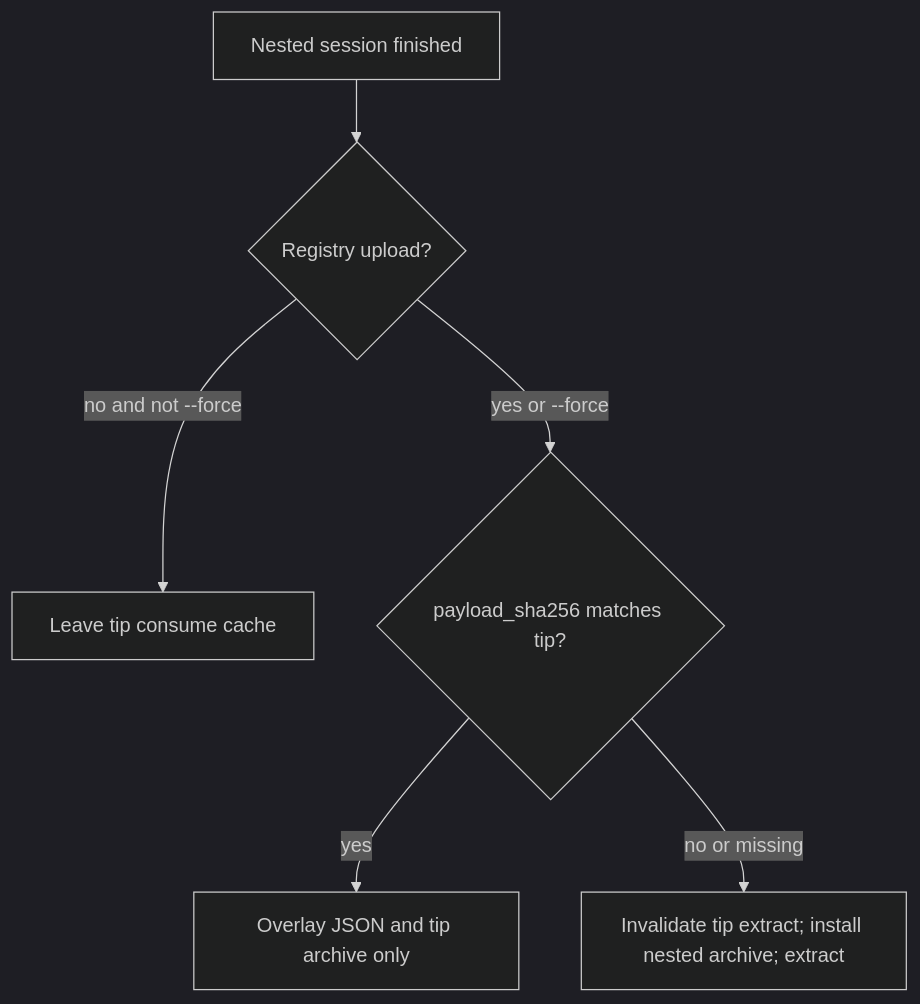
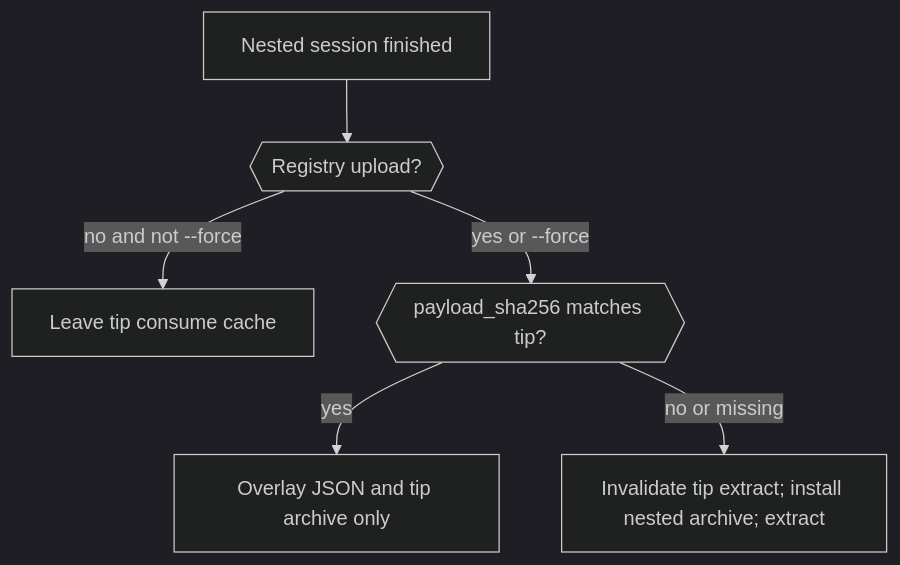
Before and after one commit to ja11sop/cuppa: the fourth of 4 diagrams in docs/modules/ROOT/pages/dependencies/publishing/cascade.adoc, drawn with Mermaid (dark theme). The commit also changed other lines of this file and 32 other files, not shown here.

```diff
--- a/docs/modules/ROOT/pages/dependencies/publishing/cascade.adoc
+++ b/docs/modules/ROOT/pages/dependencies/publishing/cascade.adoc
@@ -642,10 +642,10 @@
 [mermaid]
 ....
 flowchart TD
   nestDone[Nested session finished]
-  nestDone --> uploaded{Registry upload?}
+  nestDone --> uploaded{{Registry upload?}}
   uploaded -->|no and not --force| leave[Leave tip consume cache]
-  uploaded -->|yes or --force| hashCmp{payload_sha256 matches tip?}
+  uploaded -->|yes or --force| hashCmp{{payload_sha256 matches tip?}}
   hashCmp -->|yes| overlay[Overlay JSON and tip archive only]
   hashCmp -->|no or missing| full[Invalidate tip extract; install nested archive; extract]
 ....
```
